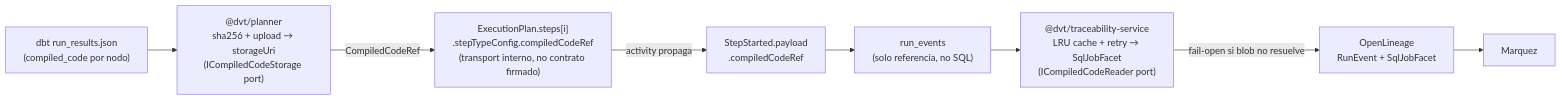
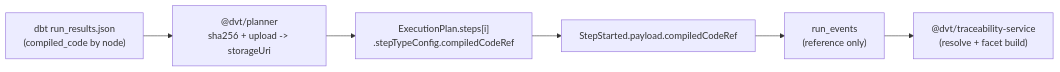
The diagram in docs/evidence/ED-20260304-compiledcoderef-ownership.md (dunay2/dvt), drawn with Mermaid before and after one commit. The commit also changed other lines of this file and 8 other files, not shown here.

Commit message:
feat(adapter-temporal): complete T4-3 compiledCodeRef propagation

````diff
--- a/docs/evidence/ED-20260304-compiledcoderef-ownership.md
+++ b/docs/evidence/ED-20260304-compiledcoderef-ownership.md
@@ -58,19 +60,15 @@
 ```mermaid
 flowchart LR
-  RR["dbt run_results.json\n(compiled_code por nodo)"]
-  PLAN["@dvt/planner\nsha256 + upload → storageUri\n(ICompiledCodeStorage port)"]
-  STYPE["ExecutionPlan.steps[i]\n.stepTypeConfig.compiledCodeRef\n(transport interno, no contrato firmado)"]
-  EVENT["StepStarted.payload\n.compiledCodeRef"]
-  STORE["run_events\n(solo referencia, no SQL)"]
-  TRACE["@dvt/traceability-service\nLRU cache + retry → SqlJobFacet\n(ICompiledCodeReader port)"]
-  OL["OpenLineage\nRunEvent + SqlJobFacet"]
-  MARQUEZ["Marquez"]
+  RR["dbt run_results.json\n(compiled_code by node)"]
+  PLAN["@dvt/planner\nsha256 + upload -> storageUri"]
+  STYPE["ExecutionPlan.steps[i]\n.stepTypeConfig.compiledCodeRef"]
+  EVENT["StepStarted.payload.compiledCodeRef"]
+  STORE["run_events\n(reference only)"]
+  TRACE["@dvt/traceability-service\n(resolve + facet build)"]
 
   RR --> PLAN
-  PLAN -->|CompiledCodeRef| STYPE
-  STYPE -->|activity propaga| EVENT
+  PLAN --> STYPE
+  STYPE --> EVENT
   EVENT --> STORE
   STORE --> TRACE
-  TRACE -->|fail-open si blob no resuelve| OL
-  OL --> MARQUEZ
 ```
````
